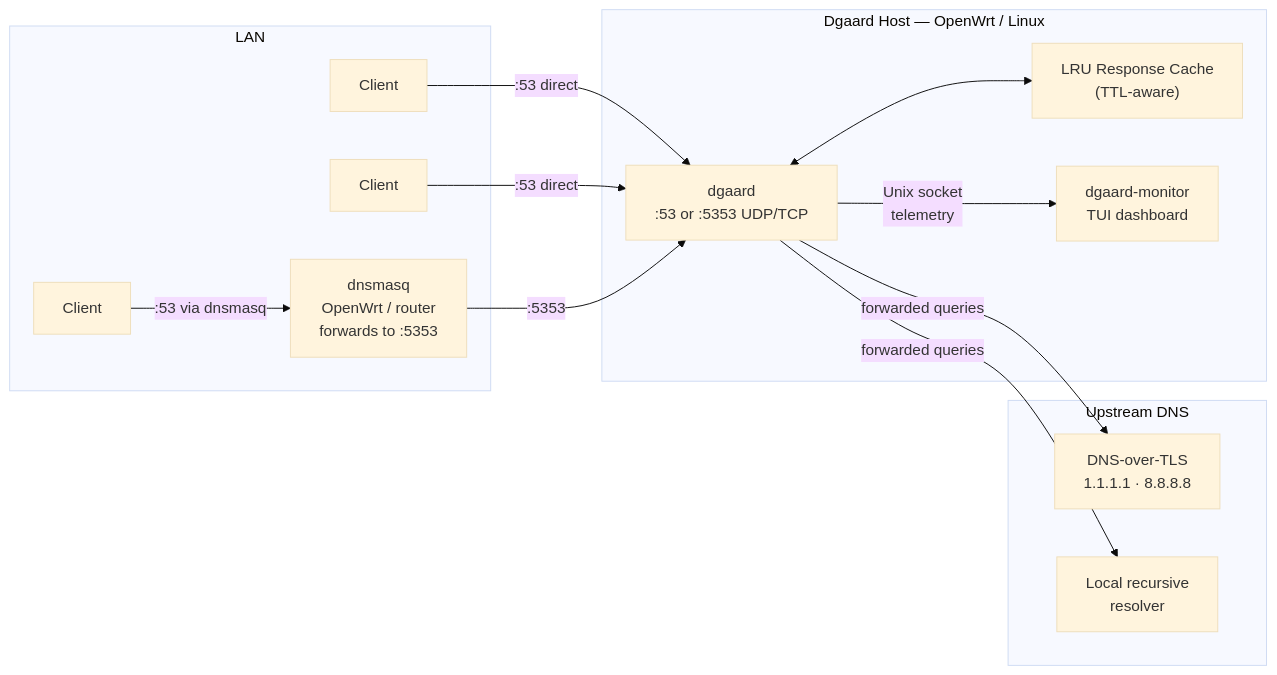
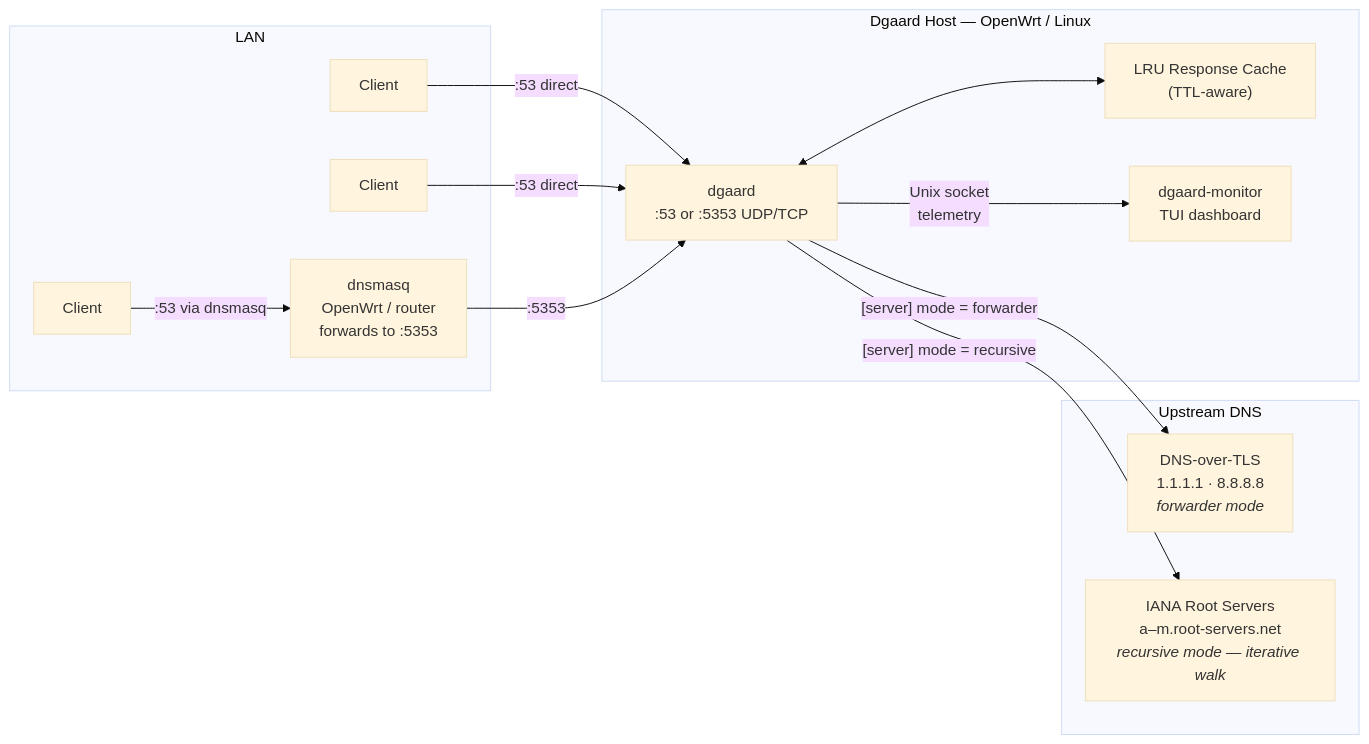
Before and after one commit to slundi/dgaard: the third of 6 diagrams in docs/Architecture.md, drawn with Mermaid (base theme). The commit also changed other lines of this file, not shown here.

First line of the commit message:
docs(architecture): add DNS override stage and recursive resolver diagram

````diff
--- a/docs/Architecture.md
+++ b/docs/Architecture.md
@@ -79,29 +83,29 @@
 ```mermaid
 flowchart LR
     subgraph lan["LAN"]
         C1["Client"]
         C2["Client"]
         C3["Client"]
         GW["dnsmasq<br/>OpenWrt / router<br/>forwards to :5353"]
     end
 
     subgraph host["Dgaard Host — OpenWrt / Linux"]
         DG["dgaard<br/>:53 or :5353 UDP/TCP"]
         CACHE["LRU Response Cache<br/>(TTL-aware)"]
         MON["dgaard-monitor<br/>TUI dashboard"]
         DG <--> CACHE
         DG -->|"Unix socket<br/>telemetry"| MON
     end
 
     subgraph up["Upstream DNS"]
-        DOT["DNS-over-TLS<br/>1.1.1.1 · 8.8.8.8"]
-        REC["Local recursive<br/>resolver"]
+        DOT["DNS-over-TLS<br/>1.1.1.1 · 8.8.8.8<br/><i>forwarder mode</i>"]
+        ROOT["IANA Root Servers<br/>a–m.root-servers.net<br/><i>recursive mode — iterative walk</i>"]
     end
 
     C1 -->|":53 direct"| DG
     C2 -->|":53 direct"| DG
     C3 -->|":53 via dnsmasq"| GW
     GW  -->|":5353"| DG
-    DG  -->|"forwarded queries"| DOT
-    DG  -->|"forwarded queries"| REC
+    DG  -->|"[server] mode = forwarder"| DOT
+    DG  -->|"[server] mode = recursive"| ROOT
 ```
````
